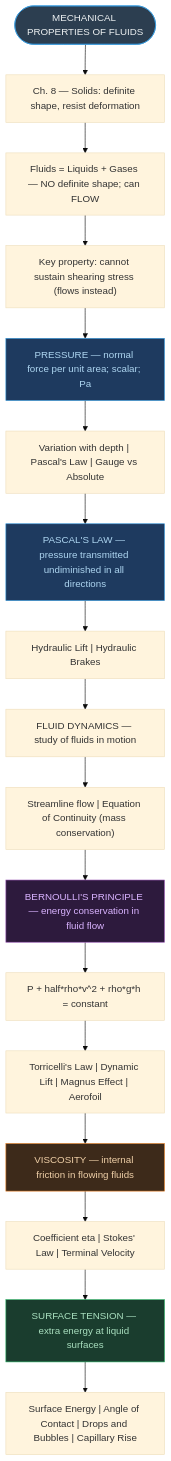
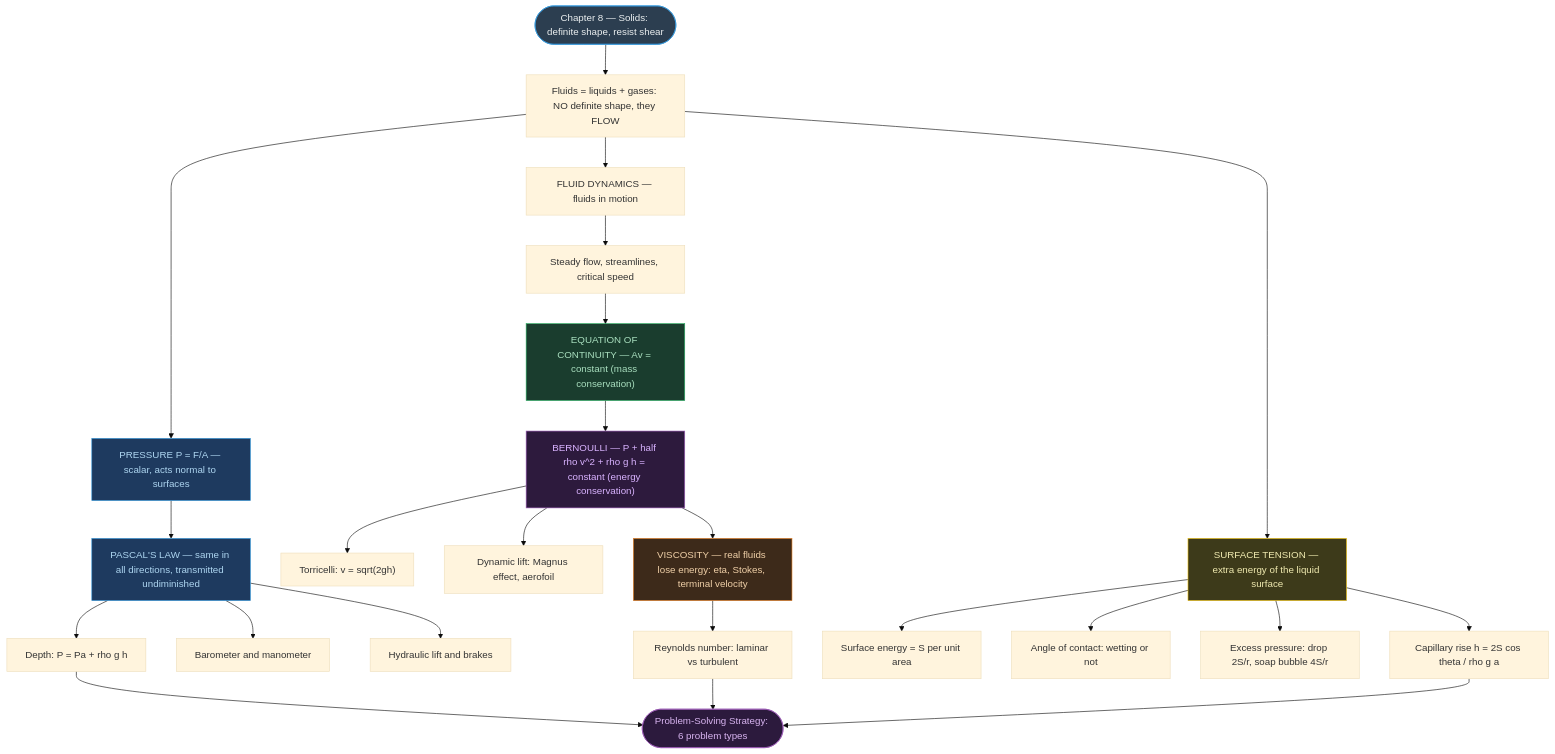
One commit to fsr-science/NCERT-Science changed the first of 3 diagrams in AI-NOTES/PHYSICS/PHYSICS09-MECHANICAL_PROPERTIES_OF_FLUIDS/PHYSICS09-MECHANICAL_PROPERTIES_OF_FLUIDS-NOTES.md. Above: the diagram before and after it, drawn with Mermaid (base theme). The commit also changed other lines of this file and 71 other files, not shown here.

````diff
--- a/AI-NOTES/PHYSICS/PHYSICS09-MECHANICAL_PROPERTIES_OF_FLUIDS/PHYSICS09-MECHANICAL_PROPERTIES_OF_FLUIDS-NOTES.md
+++ b/AI-NOTES/PHYSICS/PHYSICS09-MECHANICAL_PROPERTIES_OF_FLUIDS/PHYSICS09-MECHANICAL_PROPERTIES_OF_FLUIDS-NOTES.md
@@ -8,27 +97,35 @@
 ```mermaid
 flowchart TD
-    A(["MECHANICAL PROPERTIES OF FLUIDS"])
-    A --> B["Ch. 8 — Solids: definite shape, resist deformation"]
-    B --> C["Fluids = Liquids + Gases — NO definite shape; can FLOW"]
-    C --> D["Key property: cannot sustain shearing stress (flows instead)"]
-    D --> E["PRESSURE — normal force per unit area; scalar; Pa"]
-    E --> F["Variation with depth | Pascal's Law | Gauge vs Absolute"]
-    F --> G["PASCAL'S LAW — pressure transmitted undiminished in all directions"]
-    G --> H["Hydraulic Lift | Hydraulic Brakes"]
-    H --> I["FLUID DYNAMICS — study of fluids in motion"]
-    I --> J["Streamline flow | Equation of Continuity (mass conservation)"]
-    J --> K["BERNOULLI'S PRINCIPLE — energy conservation in fluid flow"]
-    K --> L["P + half*rho*v^2 + rho*g*h = constant"]
-    L --> M["Torricelli's Law | Dynamic Lift | Magnus Effect | Aerofoil"]
-    M --> N["VISCOSITY — internal friction in flowing fluids"]
-    N --> O["Coefficient eta | Stokes' Law | Terminal Velocity"]
-    O --> P["SURFACE TENSION — extra energy at liquid surfaces"]
-    P --> Q["Surface Energy | Angle of Contact | Drops and Bubbles | Capillary Rise"]
+    A(["Chapter 8 — Solids: definite shape, resist shear"])
+    A --> B["Fluids = liquids + gases: NO definite shape, they FLOW"]
+    B --> C["PRESSURE P = F/A — scalar, acts normal to surfaces"]
+    C --> D["PASCAL'S LAW — same in all directions, transmitted undiminished"]
+    D --> D1["Depth: P = Pa + rho g h"]
+    D --> D2["Barometer and manometer"]
+    D --> D3["Hydraulic lift and brakes"]
+    B --> E["FLUID DYNAMICS — fluids in motion"]
+    E --> F["Steady flow, streamlines, critical speed"]
+    F --> G["EQUATION OF CONTINUITY — Av = constant (mass conservation)"]
+    G --> H["BERNOULLI — P + half rho v^2 + rho g h = constant (energy conservation)"]
+    H --> H1["Torricelli: v = sqrt(2gh)"]
+    H --> H2["Dynamic lift: Magnus effect, aerofoil"]
+    H --> I["VISCOSITY — real fluids lose energy: eta, Stokes, terminal velocity"]
+    I --> J["Reynolds number: laminar vs turbulent"]
+    B --> K["SURFACE TENSION — extra energy of the liquid surface"]
+    K --> K1["Surface energy = S per unit area"]
+    K --> K2["Angle of contact: wetting or not"]
+    K --> K3["Excess pressure: drop 2S/r, soap bubble 4S/r"]
+    K --> K4["Capillary rise h = 2S cos theta / rho g a"]
+    D1 --> L([" Problem-Solving Strategy: 6 problem types "])
+    J --> L
+    K4 --> L
 
     style A fill:#2c3e50,color:#ecf0f1,stroke:#3498db
-    style E fill:#1e3a5f,color:#aed6f1,stroke:#3498db
-    style G fill:#1e3a5f,color:#aed6f1,stroke:#3498db
-    style K fill:#2d1a3d,color:#d9b3ff,stroke:#9b59b6
-    style N fill:#3d2a1a,color:#f0d0a8,stroke:#e67e22
-    style P fill:#1a3d2e,color:#a9dfbf,stroke:#27ae60
+    style C fill:#1e3a5f,color:#aed6f1,stroke:#3498db
+    style D fill:#1e3a5f,color:#aed6f1,stroke:#3498db
+    style G fill:#1a3d2e,color:#a9dfbf,stroke:#27ae60
+    style H fill:#2d1a3d,color:#d9b3ff,stroke:#9b59b6
+    style I fill:#3d2a1a,color:#f0d0a8,stroke:#e67e22
+    style K fill:#3d3a1a,color:#f0eab0,stroke:#f1c40f
+    style L fill:#2c1a3d,color:#d8b4f0,stroke:#9b59b6
 ```
````
